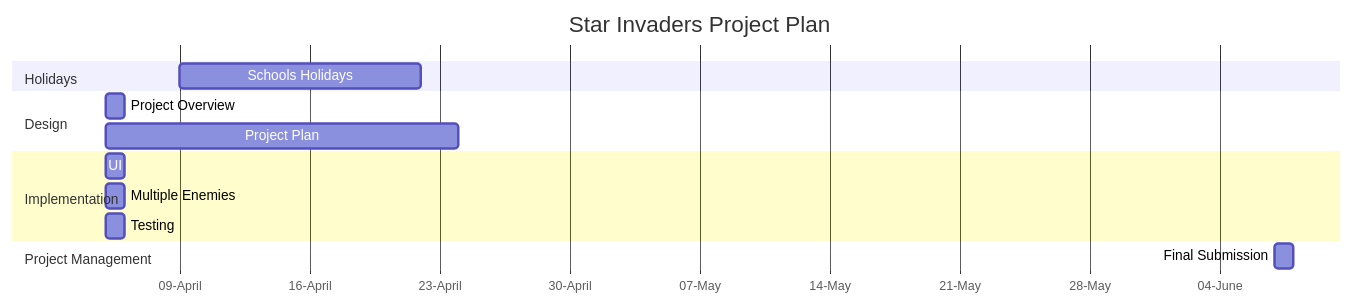
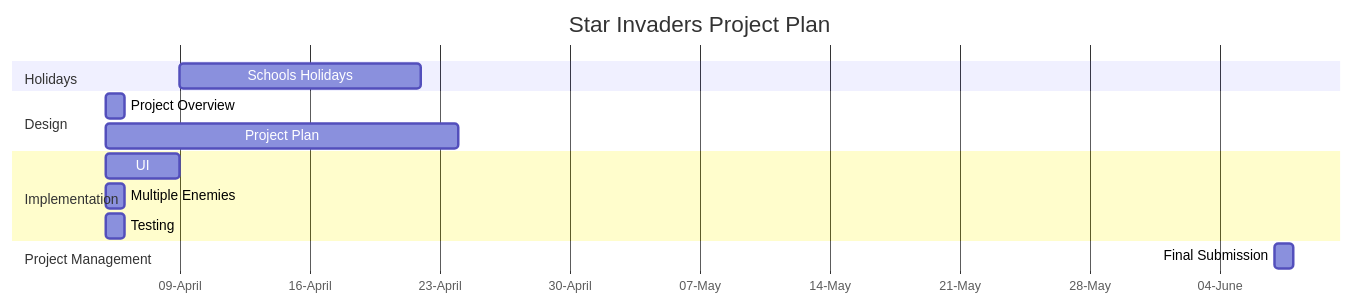
The diagram in design.md (RyanCather/SpaceInvader2023), drawn with Mermaid before and after one commit. The commit also changed other lines of this file, not shown here.

Commit message:
small details

````diff
--- a/design.md
+++ b/design.md
@@ -24,25 +24,25 @@
 ```mermaid
 gantt
     title Star Invaders Project Plan
     dateFormat DD-MM-YY
     axisFormat %d-%B
     tickInterval 1week
 
     section Holidays
     Schools Holidays: 09-04-23,22-04-23
 
     section Design
     Project Overview:05-04-23, 1d
     Project Plan: 05-04-23, 24-04-23
 
 
     section Implementation
-    UI: 05-04-23, 1d
+    UI: 05-04-23, 4d
     Multiple Enemies:05-04-23, 1d
 
     Testing: 05-04-23, 1d
 
     section Project Management
     Final Submission: 07-06-23, 1d
 
 ```
````
